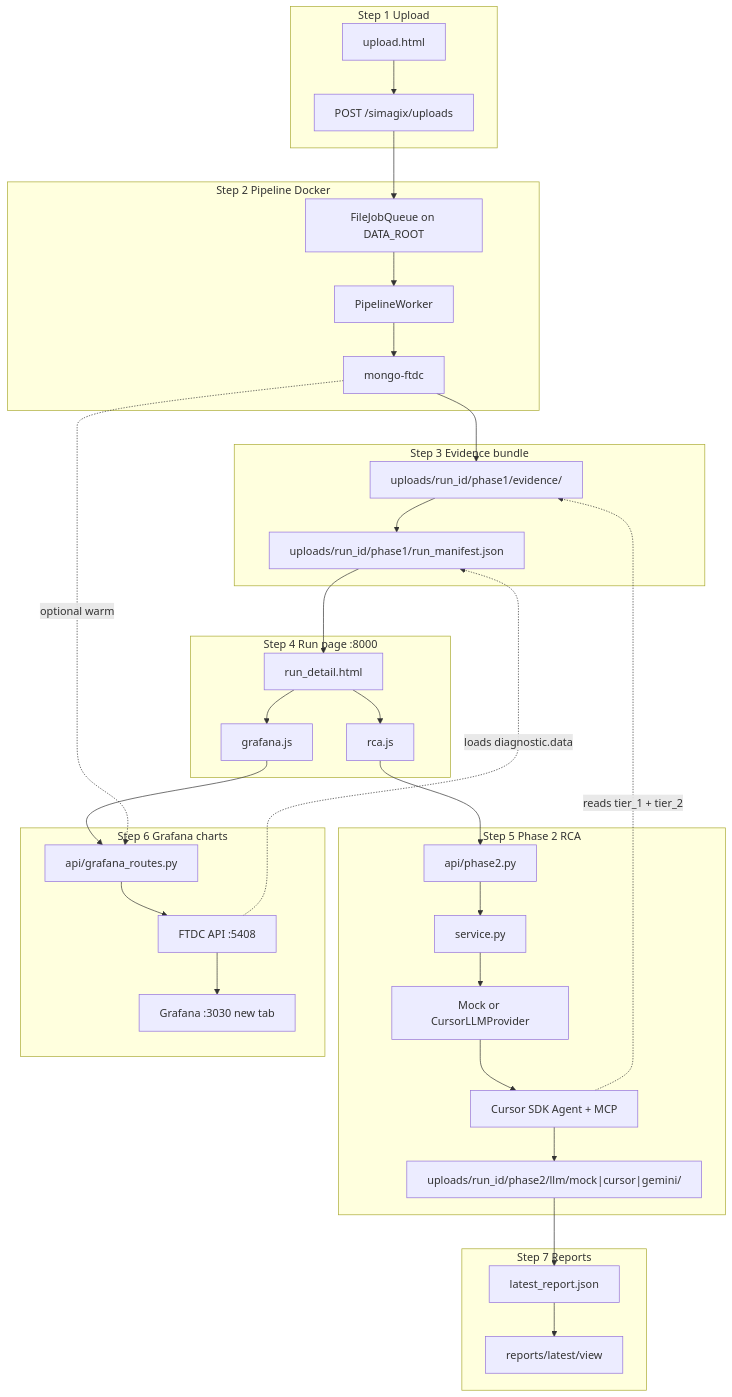
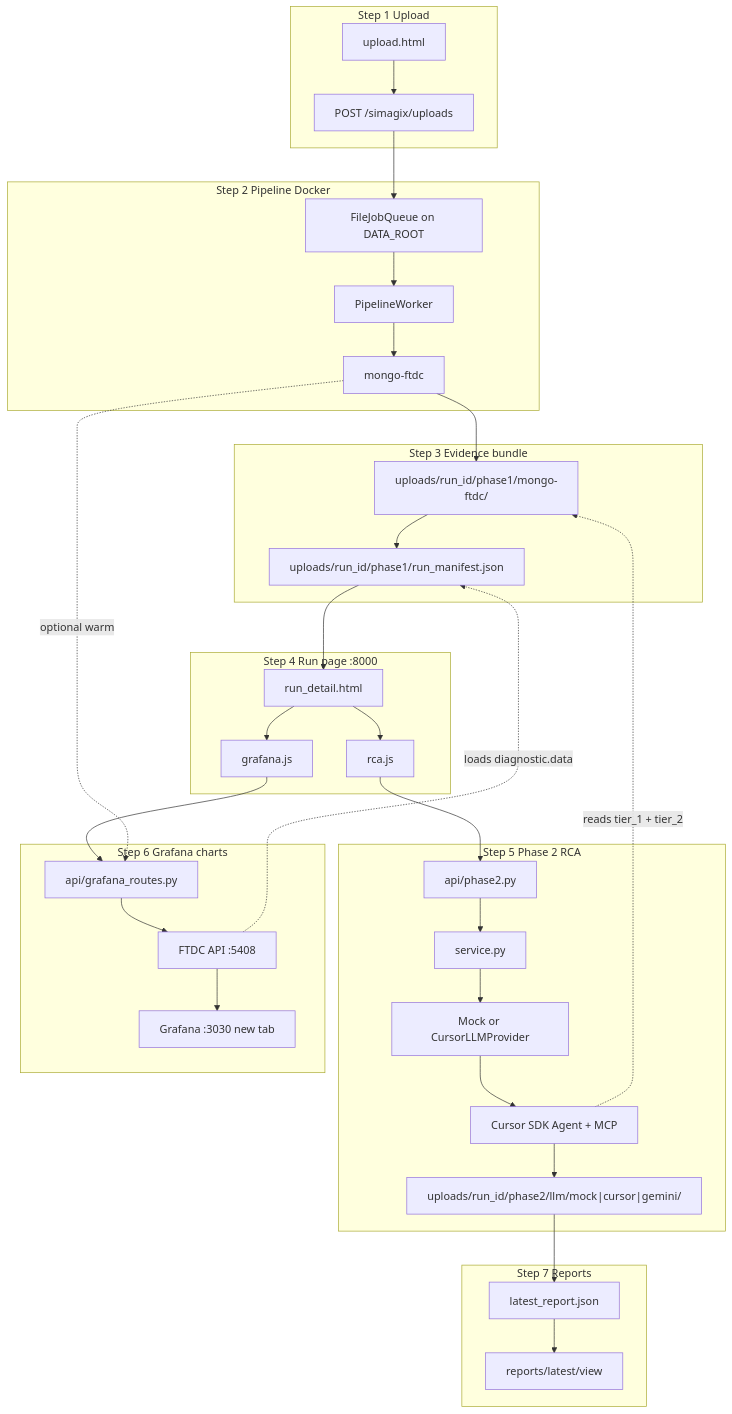
One commit to Prateek-Agarwal2006/Mongo-Debugger changed the first of 7 diagrams in docs/ARCHITECTURE.md. Above: the diagram before and after it, drawn with Mermaid. The commit also changed other lines of this file and 90 other files, not shown here.

````diff
--- a/docs/ARCHITECTURE.md
+++ b/docs/ARCHITECTURE.md
@@ -17,52 +17,52 @@
 ```mermaid
 flowchart TB
   subgraph step1 [Step 1 Upload]
     UploadUI["upload.html"]
     UploadAPI["POST /simagix/uploads"]
   end
 
   subgraph step2 [Step 2 Pipeline Docker]
     Worker["PipelineWorker"]
     Queue["FileJobQueue on DATA_ROOT"]
     MFTDC["mongo-ftdc"]
   end
 
   subgraph step3 [Step 3 Evidence bundle]
-    Exports["uploads/run_id/phase1/evidence/"]
+    Exports["uploads/run_id/phase1/mongo-ftdc/"]
     RunManifest["uploads/run_id/phase1/run_manifest.json"]
   end
 
   subgraph step4 [Step 4 Run page :8000]
     RunPage["run_detail.html"]
     RCAjs["rca.js"]
     Grafjs["grafana.js"]
   end
 
   subgraph step5 [Step 5 Phase 2 RCA]
     P2API["api/phase2.py"]
     Service["service.py"]
     Provider["Mock or CursorLLMProvider"]
     Agent["Cursor SDK Agent + MCP"]
     Phase2Disk["uploads/run_id/phase2/llm/mock|cursor|gemini/"]
   end
 
   subgraph step6 [Step 6 Grafana charts]
     GrafAPI["api/grafana_routes.py"]
     FTDCapi["FTDC API :5408"]
     GrafanaUI["Grafana :3030 new tab"]
   end
 
   subgraph step7 [Step 7 Reports]
     ReportJSON["latest_report.json"]
     ReportHTML["reports/latest/view"]
   end
 
   UploadUI --> UploadAPI --> Queue --> Worker --> MFTDC --> Exports
   Exports --> RunManifest --> RunPage
   RunPage --> RCAjs --> P2API --> Service --> Provider --> Agent
   Agent --> Phase2Disk --> ReportJSON --> ReportHTML
   Agent -.->|"reads tier_1 + tier_2"| Exports
   RunPage --> Grafjs --> GrafAPI --> FTDCapi --> GrafanaUI
   FTDCapi -.->|"loads diagnostic.data"| RunManifest
   MFTDC -.->|"optional warm"| GrafAPI
 ```
````
